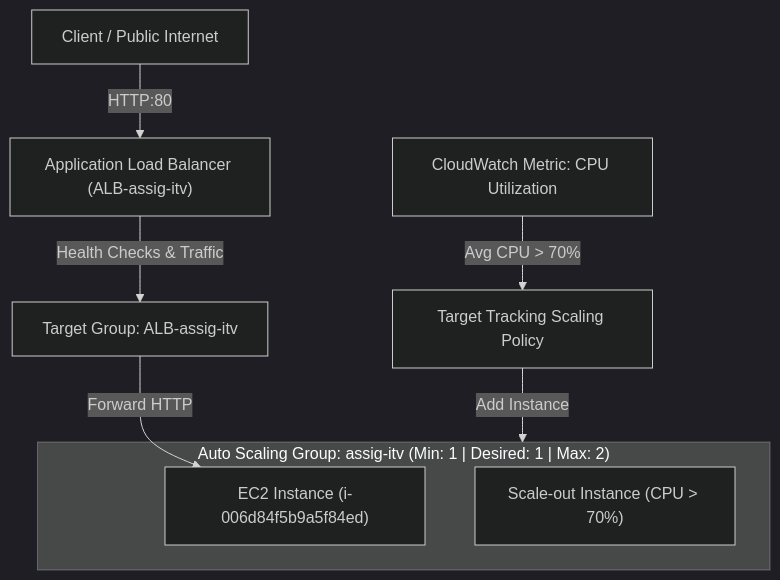
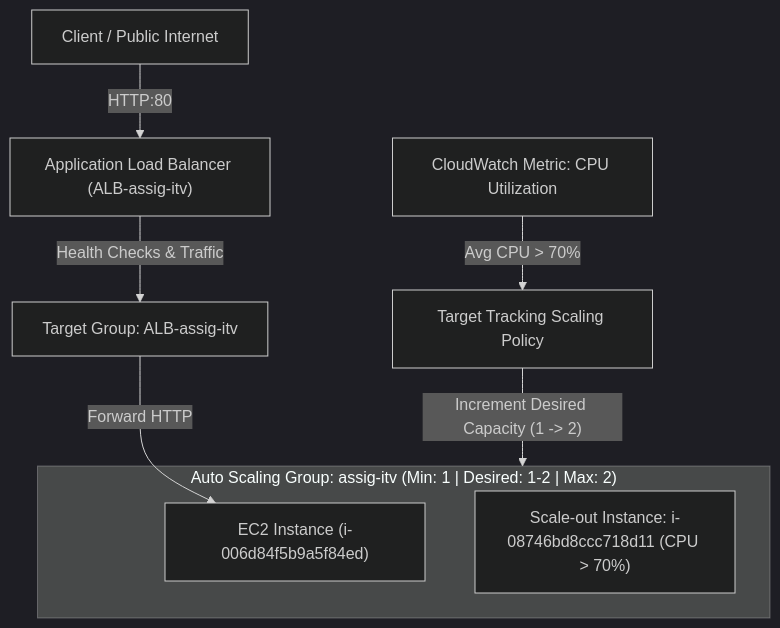
One commit to Sphere-in/Assignment-itvedant changed the diagram in ASG+ALB/README.md. Above: the diagram before and after it, drawn with Mermaid (dark theme). The commit also changed other lines of this file and 7 other files, not shown here.

````diff
--- a/ASG+ALB/README.md
+++ b/ASG+ALB/README.md
@@ -22,14 +22,14 @@
 ```mermaid
 flowchart TD
     Client["Client / Public Internet"] -->|"HTTP:80"| ALB["Application Load Balancer (ALB-assig-itv)"]
     ALB -->|"Health Checks & Traffic"| TG["Target Group: ALB-assig-itv"]
     TG -->|"Forward HTTP"| EC2_1["EC2 Instance (i-006d84f5b9a5f84ed)"]
     
-    subgraph ASG_Sub["Auto Scaling Group: assig-itv (Min: 1 | Desired: 1 | Max: 2)"]
+    subgraph ASG_Sub["Auto Scaling Group: assig-itv (Min: 1 | Desired: 1-2 | Max: 2)"]
         EC2_1
-        EC2_2["Scale-out Instance (CPU > 70%)"]
+        EC2_2["Scale-out Instance: i-08746bd8ccc718d11 (CPU > 70%)"]
     end
 
     CW["CloudWatch Metric: CPU Utilization"] -->|"Avg CPU > 70%"| Policy["Target Tracking Scaling Policy"]
-    Policy -->|"Add Instance"| ASG_Sub
+    Policy -->|"Increment Desired Capacity (1 -> 2)"| ASG_Sub
 ```
````
